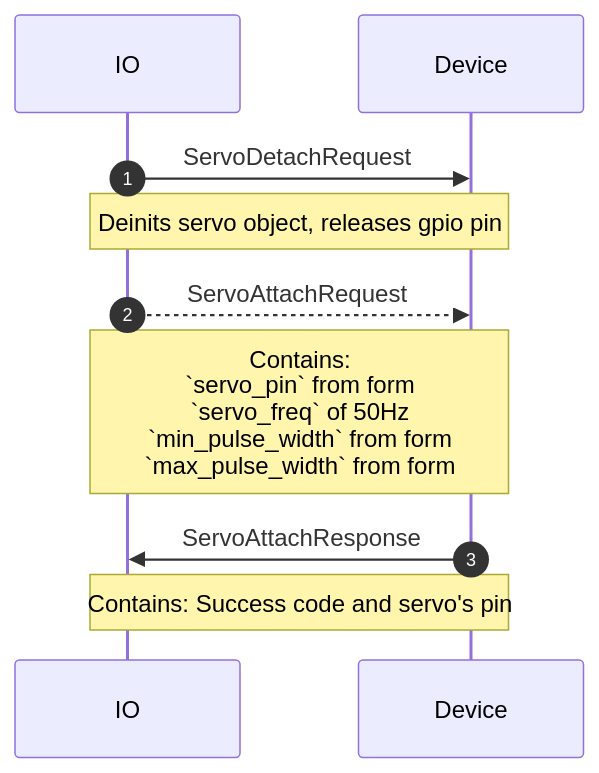
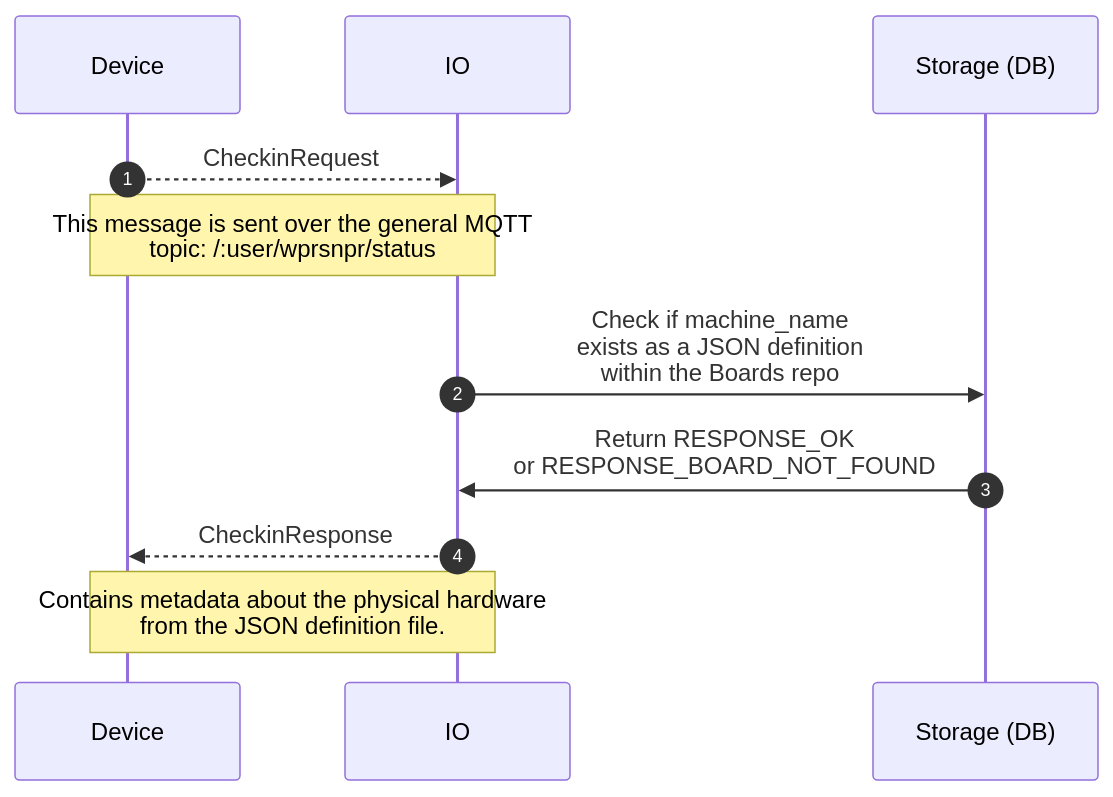
The first of 2 diagrams in proto/wippersnapper/docs/checkin.md (adafruit/Wippersnapper_Protobuf), drawn with Mermaid before and after one commit. The commit also changed other lines of this file, not shown here.

Commit message:
document v2 check-in

````diff
--- a/proto/wippersnapper/docs/checkin.md
+++ b/proto/wippersnapper/docs/checkin.md
@@ -44,11 +16,13 @@
 ```mermaid
+
 sequenceDiagram
+
 autonumber
 
-IO->>Device: ServoDetachRequest
-Note over IO, Device: Deinits servo object, releases gpio pin
-IO-->>Device: ServoAttachRequest
-Note over IO, Device: Contains:<br> `servo_pin` from form<br>`servo_freq` of 50Hz<br> `min_pulse_width` from form <br> `max_pulse_width` from form
-Device->>IO: ServoAttachResponse
-Note over IO, Device: Contains: Success code and servo's pin
+Device-->>IO: CheckinRequest
+Note over Device,IO: This message is sent over the general MQTT <br>topic: /:user/wprsnpr/status
+IO->>Storage (DB): Check if machine_name<br>exists as a JSON definition <br> within the Boards repo
+Storage (DB)->>IO: Return RESPONSE_OK<br>or RESPONSE_BOARD_NOT_FOUND
+IO-->>Device: CheckinResponse 
+Note over IO,Device: Contains metadata about the physical hardware<br>from the JSON definition file.
 ```
````
